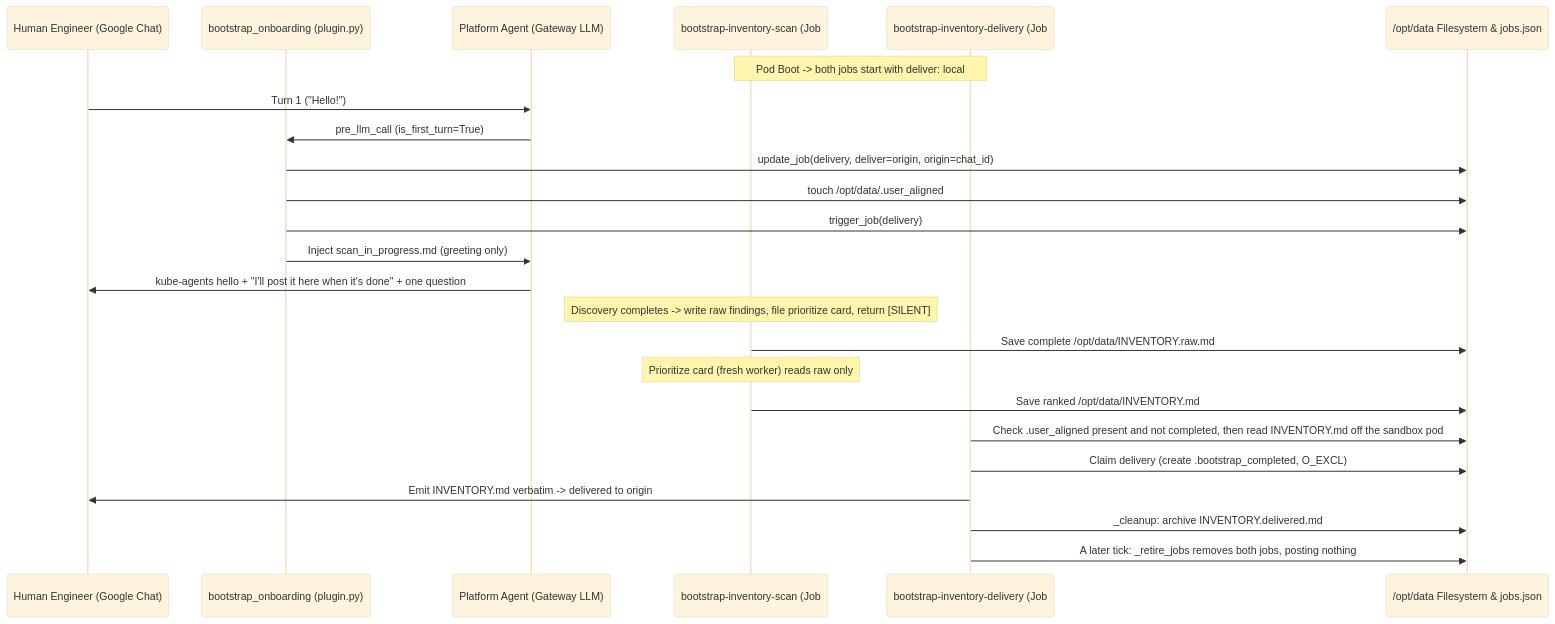
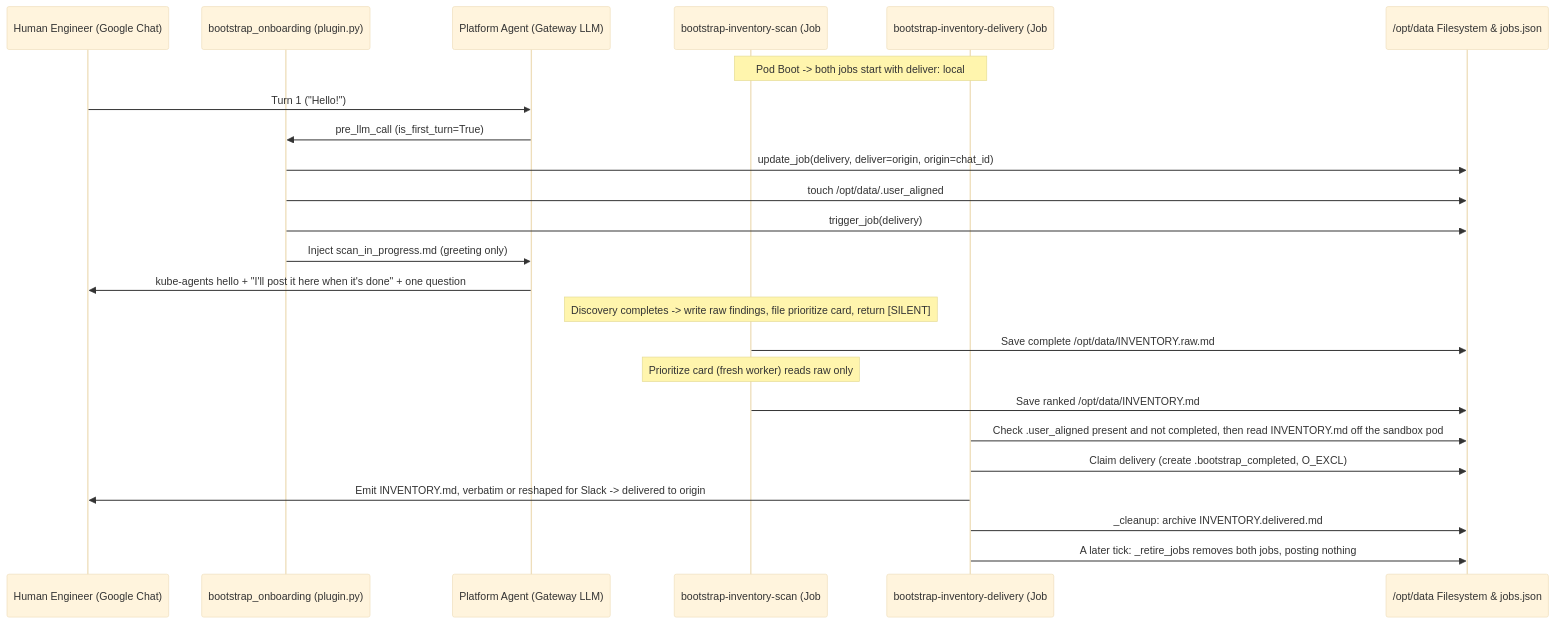
Before and after one commit to Fuxiao-Gao/kube-agents: the second of 3 diagrams in agents/chat/defaults/plugins/bootstrap_onboarding/README.md, drawn with Mermaid (base theme). The commit also changed other lines of this file and 29 other files, not shown here.

Commit message:
feat(slack): summarize the first inventory report and fleet audit reports (#2198)

````diff
--- a/agents/chat/defaults/plugins/bootstrap_onboarding/README.md
+++ b/agents/chat/defaults/plugins/bootstrap_onboarding/README.md
@@ -116,27 +116,27 @@
 ```mermaid
 sequenceDiagram
     participant User as Human Engineer (Google Chat)
     participant Hook as bootstrap_onboarding (plugin.py)
     participant Agent as Platform Agent (Gateway LLM)
     participant Scan as bootstrap-inventory-scan (Job #1, LLM)
     participant Deliver as bootstrap-inventory-delivery (Job #2, no_agent script)
     participant Disk as /opt/data Filesystem & jobs.json
 
     Note over Scan,Deliver: Pod Boot -> both jobs start with deliver: local
     User->>Agent: Turn 1 ("Hello!")
     Agent->>Hook: pre_llm_call (is_first_turn=True)
     Hook->>Disk: update_job(delivery, deliver=origin, origin=chat_id)
     Hook->>Disk: touch /opt/data/.user_aligned
     Hook->>Disk: trigger_job(delivery)
     Hook->>Agent: Inject scan_in_progress.md (greeting only)
     Agent->>User: kube-agents hello + "I'll post it here when it's done" + one question
     Note over Scan: Discovery completes -> write raw findings, file prioritize card, return [SILENT]
     Scan->>Disk: Save complete /opt/data/INVENTORY.raw.md
     Note over Scan: Prioritize card (fresh worker) reads raw only
     Scan->>Disk: Save ranked /opt/data/INVENTORY.md
     Deliver->>Disk: Check .user_aligned present and not completed, then read INVENTORY.md off the sandbox pod
     Deliver->>Disk: Claim delivery (create .bootstrap_completed, O_EXCL)
-    Deliver->>User: Emit INVENTORY.md verbatim -> delivered to origin
+    Deliver->>User: Emit INVENTORY.md, verbatim or reshaped for Slack -> delivered to origin
     Deliver->>Disk: _cleanup: archive INVENTORY.delivered.md
     Deliver->>Disk: A later tick: _retire_jobs removes both jobs, posting nothing
 ```
````
